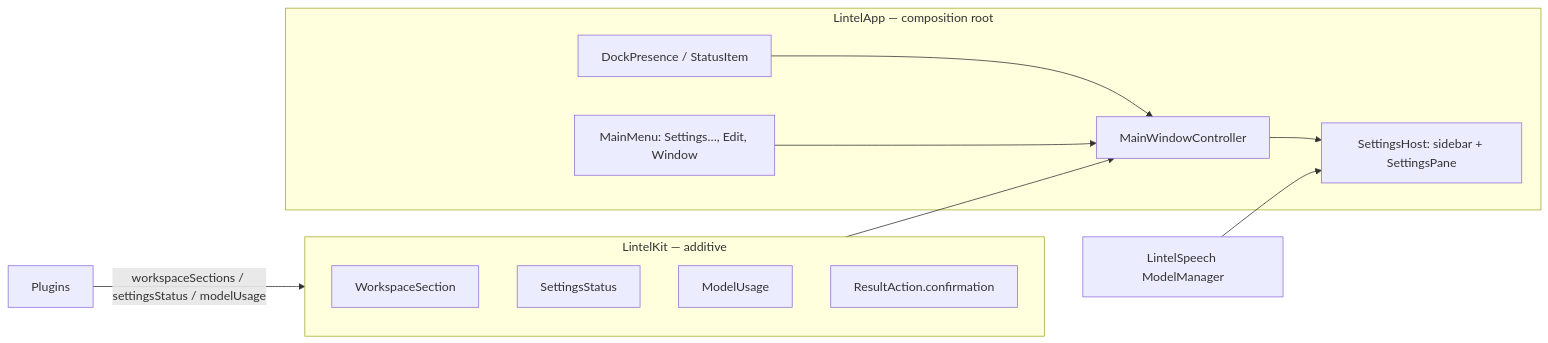
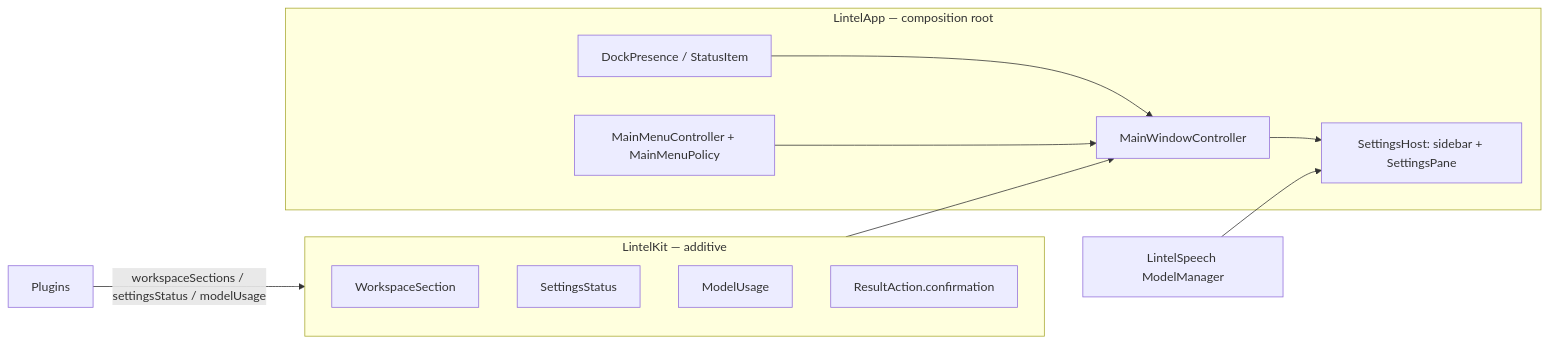
The diagram in .ai/specs/2026-11-04-lintel-main-window.md (mjozefiak/Pounce), drawn with Mermaid before and after one commit. The commit also changed other lines of this file and 2 other files, not shown here.

````diff
--- a/.ai/specs/2026-11-04-lintel-main-window.md
+++ b/.ai/specs/2026-11-04-lintel-main-window.md
@@ -53,21 +53,21 @@
 ```mermaid
 flowchart LR
   subgraph Shell[LintelApp  — composition root]
     MW[MainWindowController]
     ST[SettingsHost: sidebar + SettingsPane]
-    MM[MainMenu: Settings…, Edit, Window]
+    MM[MainMenuController + MainMenuPolicy]
     DK[DockPresence / StatusItem]
   end
   subgraph Kit[LintelKit — additive]
     WS[WorkspaceSection]
     SS[SettingsStatus]
     MU[ModelUsage]
     RC[ResultAction.confirmation]
   end
   P1[Plugins] -- workspaceSections / settingsStatus / modelUsage --> Kit
   Kit --> MW
   DK --> MW
   MM --> MW
   MW --> ST
   Speech[LintelSpeech ModelManager] --> ST
 ```
````
